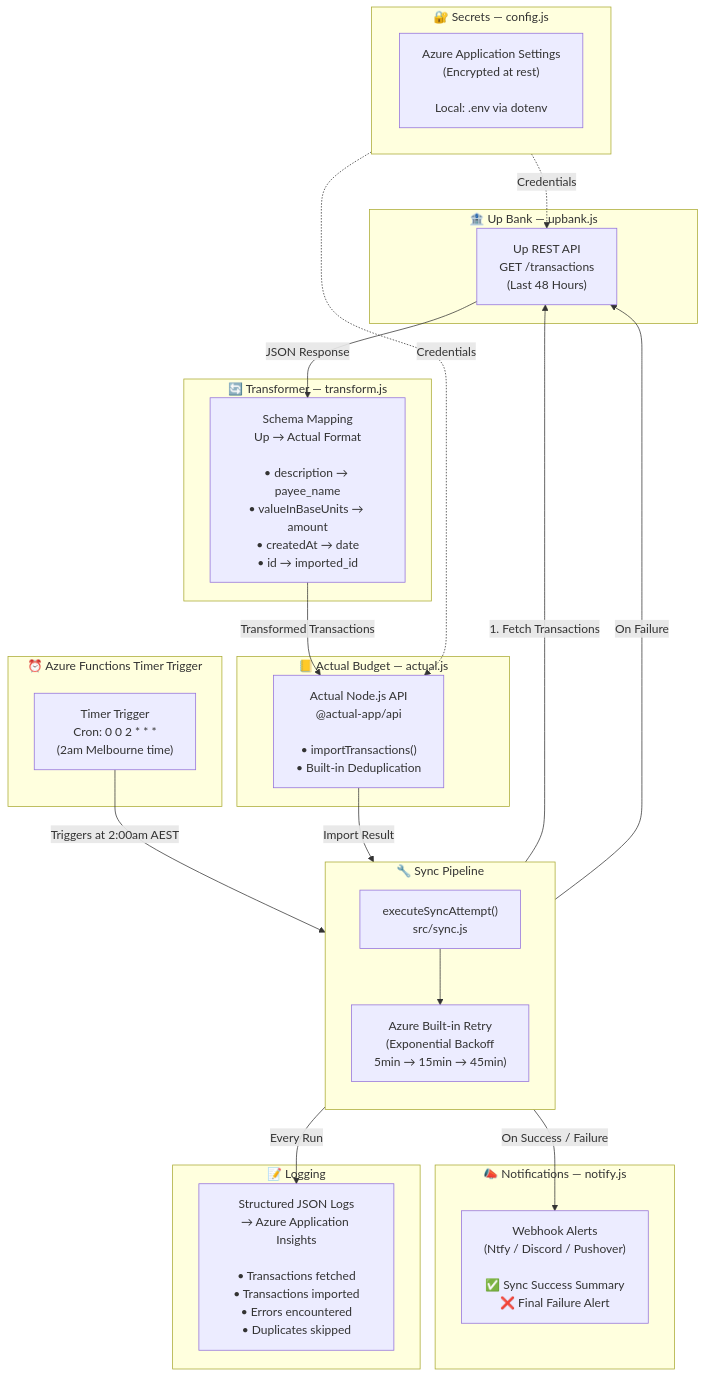
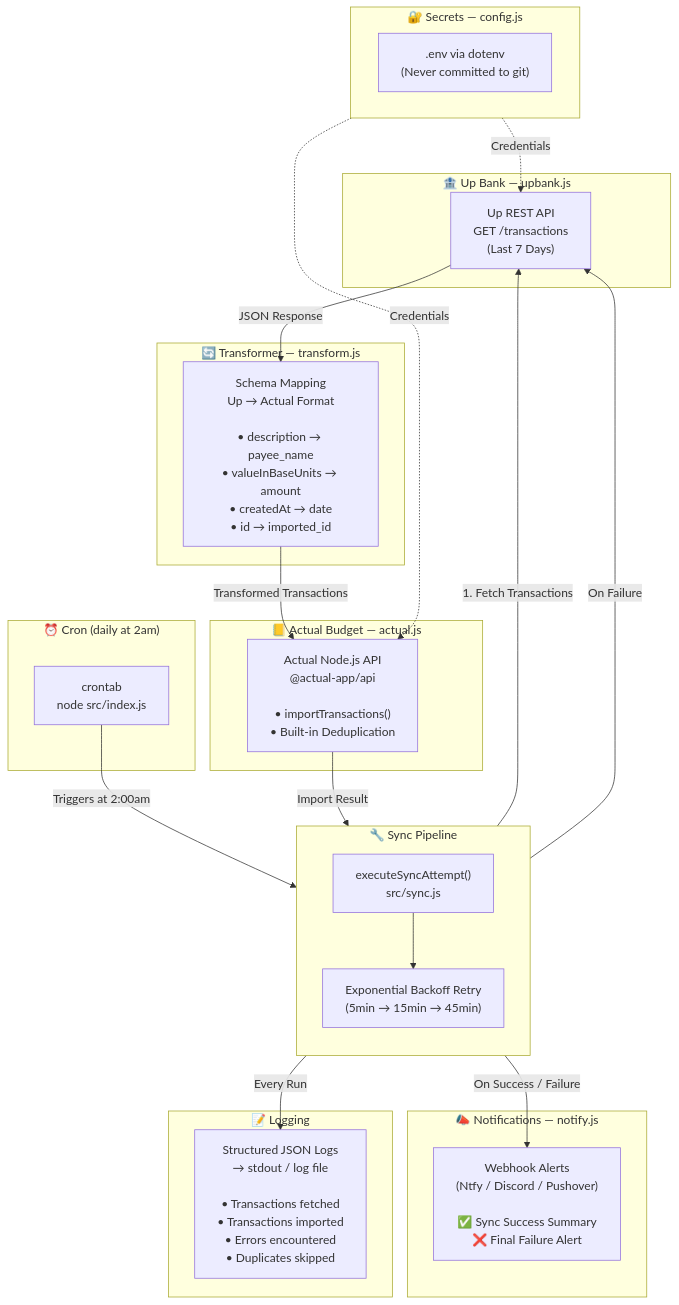
One commit to romanesmatt/up-to-actual changed the first of 3 diagrams in README.md. Above: the diagram before and after it, drawn with Mermaid. The commit also changed other lines of this file and 12 other files, not shown here.

First line of the commit message:
refactor: migrate from Azure Functions to standalone cron job

````diff
--- a/README.md
+++ b/README.md
@@ -15,48 +15,48 @@
 ```mermaid
 flowchart TB
-    subgraph Scheduler["⏰ Azure Functions Timer Trigger"]
-        TIMER["Timer Trigger\nCron: 0 0 2 * * *\n(2am Melbourne time)"]
+    subgraph Scheduler["⏰ Cron (daily at 2am)"]
+        CRON["crontab\nnode src/index.js"]
     end
 
     subgraph Core["🔧 Sync Pipeline"]
         direction TB
         SYNC["executeSyncAttempt()\nsrc/sync.js"]
-        RETRY["Azure Built-in Retry\n(Exponential Backoff\n5min → 15min → 45min)"]
+        RETRY["Exponential Backoff Retry\n(5min → 15min → 45min)"]
         SYNC --> RETRY
     end
 
     subgraph UpBank["🏦 Up Bank — upbank.js"]
-        UP_API["Up REST API\nGET /transactions\n(Last 48 Hours)"]
+        UP_API["Up REST API\nGET /transactions\n(Last 7 Days)"]
     end
 
     subgraph Transform["🔄 Transformer — transform.js"]
         MAP["Schema Mapping\nUp → Actual Format\n\n• description → payee_name\n• valueInBaseUnits → amount\n• createdAt → date\n• id → imported_id"]
     end
 
     subgraph ActualBudget["📒 Actual Budget — actual.js"]
         AB_API["Actual Node.js API\n@actual-app/api\n\n• importTransactions()\n• Built-in Deduplication"]
     end
 
     subgraph Secrets["🔐 Secrets — config.js"]
-        ENV["Azure Application Settings\n(Encrypted at rest)\n\nLocal: .env via dotenv"]
+        ENV[".env via dotenv\n(Never committed to git)"]
     end
 
     subgraph Notify["📣 Notifications — notify.js"]
         WEBHOOK["Webhook Alerts\n(Ntfy / Discord / Pushover)\n\n✅ Sync Success Summary\n❌ Final Failure Alert"]
     end
 
     subgraph Logging["📝 Logging"]
-        LOG["Structured JSON Logs\n→ Azure Application Insights\n\n• Transactions fetched\n• Transactions imported\n• Errors encountered\n• Duplicates skipped"]
+        LOG["Structured JSON Logs\n→ stdout / log file\n\n• Transactions fetched\n• Transactions imported\n• Errors encountered\n• Duplicates skipped"]
     end
 
-    TIMER -->|"Triggers at 2:00am AEST"| SYNC
+    CRON -->|"Triggers at 2:00am"| SYNC
     SYNC -->|"1. Fetch Transactions"| UP_API
     UP_API -->|"JSON Response"| MAP
     MAP -->|"Transformed Transactions"| AB_API
     AB_API -->|"Import Result"| SYNC
     SYNC -->|"On Success / Failure"| WEBHOOK
     SYNC -->|"Every Run"| LOG
     RETRY -->|"On Failure"| UP_API
     Secrets -.->|"Credentials"| UP_API
     Secrets -.->|"Credentials"| AB_API
 ```
````
